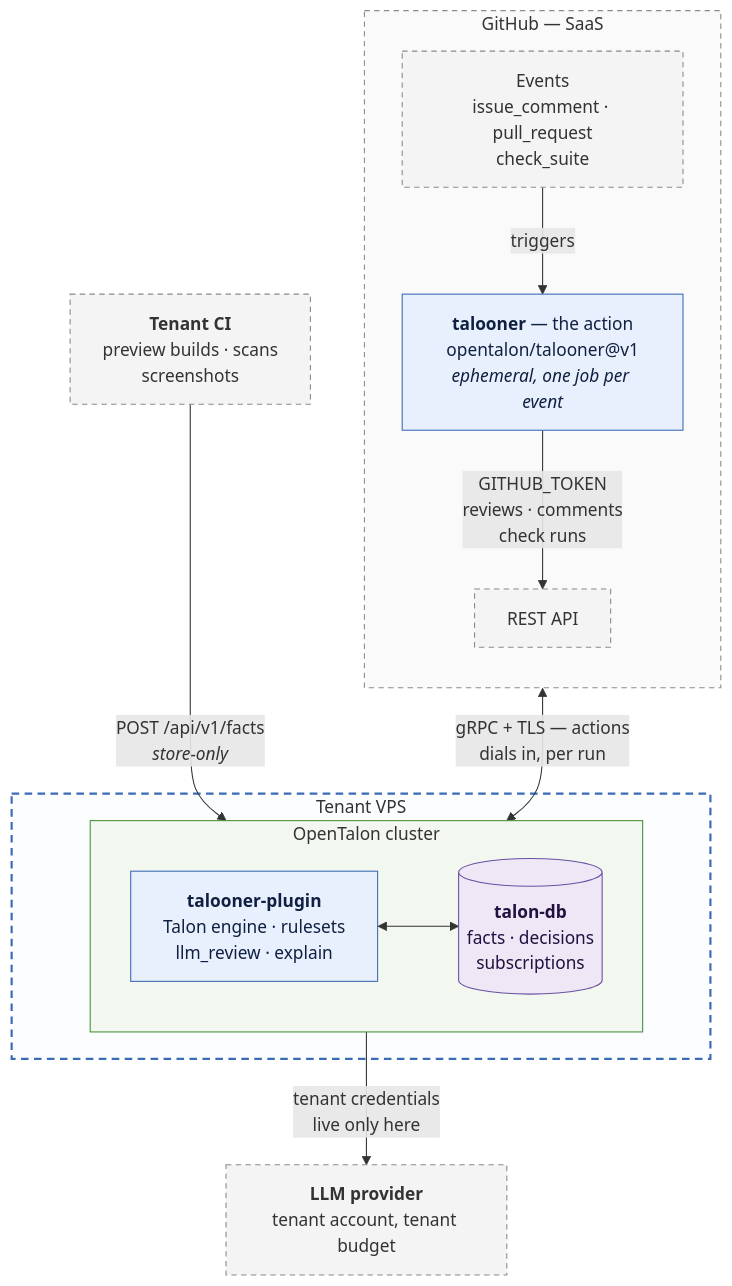
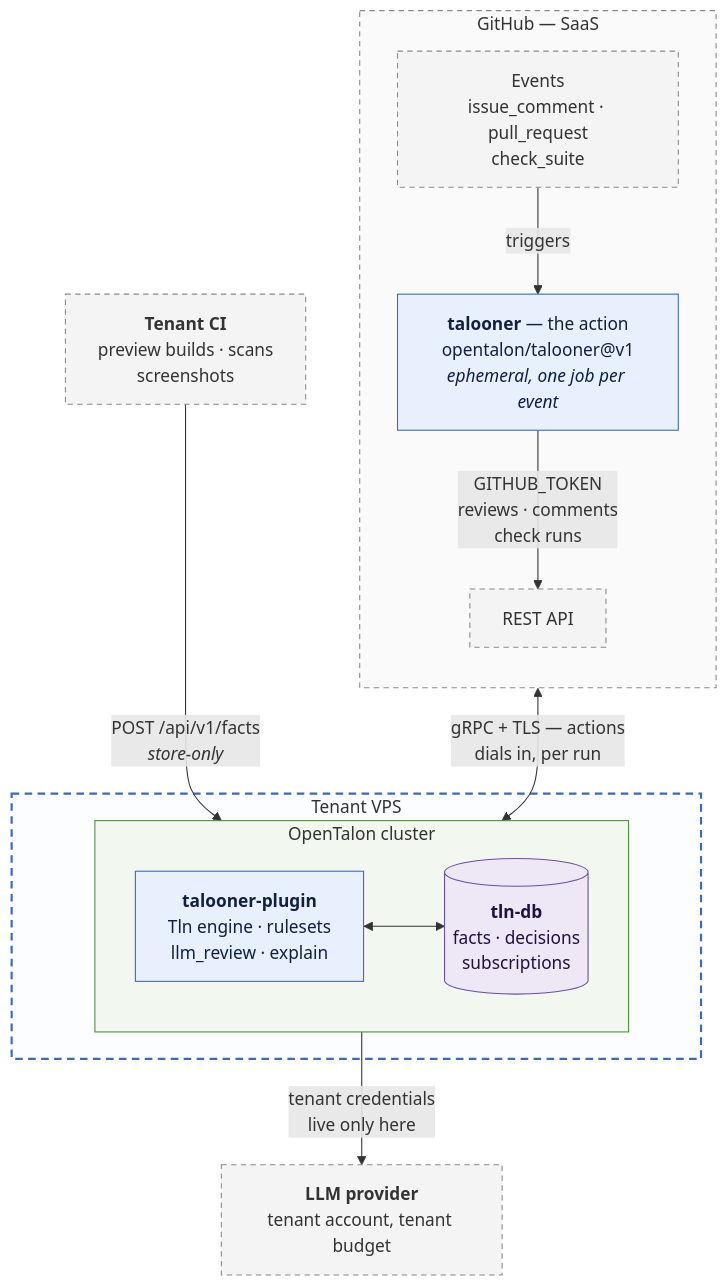
The first of 6 diagrams in diagrams.md (opentalon/talooner-plugin), drawn with Mermaid before and after one commit. The commit also changed other lines of this file and 29 other files, not shown here.

First line of the commit message:
chore: migrate talon-language deps to tln (#48)

````diff
--- a/diagrams.md
+++ b/diagrams.md
@@ -34,39 +34,39 @@
 ```mermaid
 flowchart TB
     subgraph GH["GitHub — SaaS"]
         direction TB
         EV["Events<br/>issue_comment · pull_request<br/>check_suite"]
         RUN["<b>talooner</b> — the action<br/>opentalon/talooner@v1<br/><i>ephemeral, one job per event</i>"]
         GAPI["REST API"]
         EV -->|"triggers"| RUN
     end
 
     CI["<b>Tenant CI</b><br/>preview builds · scans<br/>screenshots"]
 
     subgraph VPS["Tenant VPS"]
         subgraph CLUSTER["OpenTalon cluster"]
             direction LR
-            PLUGIN["<b>talooner-plugin</b><br/>Talon engine · rulesets<br/>llm_review · explain"]
-            DB[("<b>talon-db</b><br/>facts · decisions<br/>subscriptions")]
+            PLUGIN["<b>talooner-plugin</b><br/>Tln engine · rulesets<br/>llm_review · explain"]
+            DB[("<b>tln-db</b><br/>facts · decisions<br/>subscriptions")]
             PLUGIN <--> DB
         end
     end
 
     LLM["<b>LLM provider</b><br/>tenant account, tenant budget"]
 
     RUN <-->|"gRPC + TLS — actions<br/>dials in, per run"| PLUGIN
     CI -->|"POST /api/v1/facts<br/><i>store-only</i>"| PLUGIN
     RUN -->|"GITHUB_TOKEN<br/>reviews · comments<br/>check runs"| GAPI
     PLUGIN -->|"tenant credentials<br/>live only here"| LLM
 
     classDef ext fill:#f4f4f4,stroke:#8a8a8a,stroke-dasharray:5 4,color:#333
     classDef own fill:#e8f0fe,stroke:#3b6bb5,color:#102040
     classDef store fill:#ede7f6,stroke:#6a4fa3,color:#221040
     class EV,GAPI,LLM,CI ext
     class RUN own
     class PLUGIN own
     class DB store
     style VPS fill:#fbfdff,stroke:#3b6bb5,stroke-width:2px,stroke-dasharray:7 5
     style CLUSTER fill:#f2f8f0,stroke:#4a8f3c
     style GH fill:#fafafa,stroke:#8a8a8a,stroke-dasharray:5 4
 ```
````
